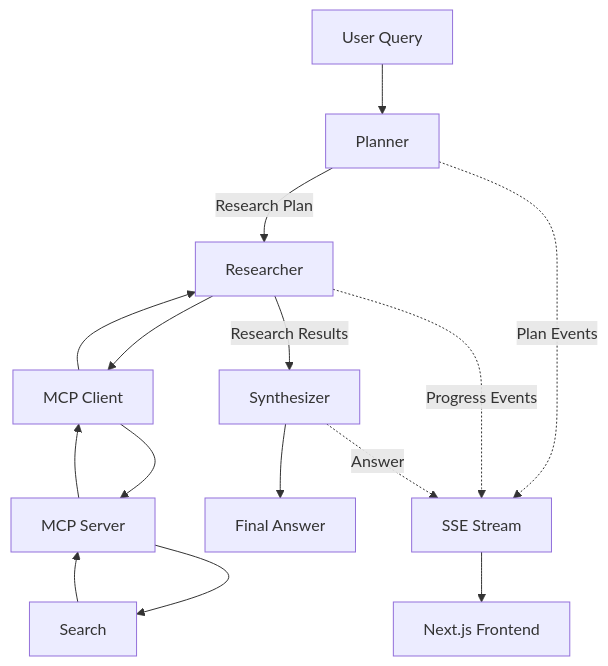
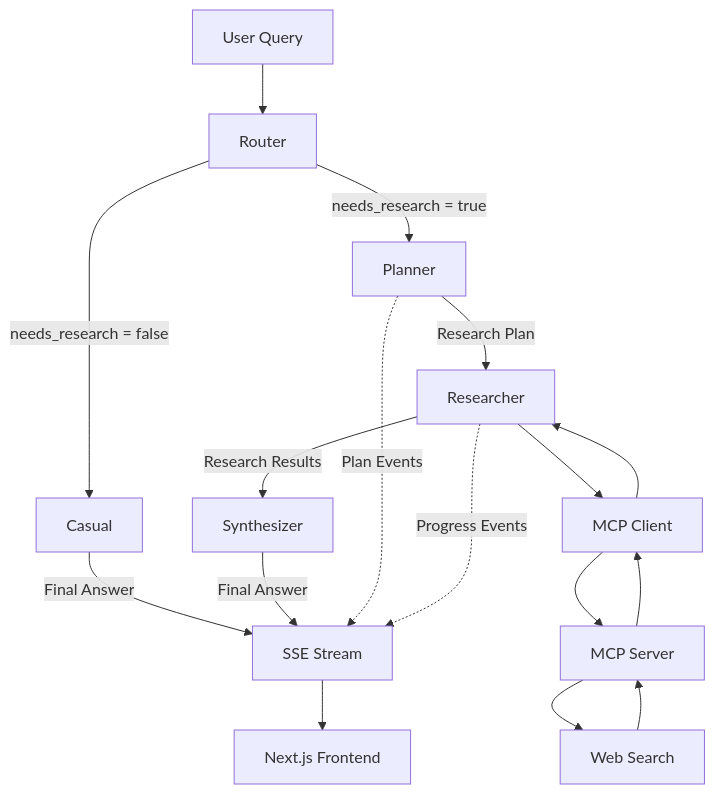
The diagram in README.md (kaze1-dev/research-agent), drawn with Mermaid before and after one commit. The commit also changed other lines of this file, not shown here.

````diff
--- a/README.md
+++ b/README.md
@@ -15,22 +25,26 @@
 ```mermaid
 flowchart TD
-    A[User Query] --> B[Planner]
+    A[User Query] --> B[Router]
 
-    B -->|Research Plan| C[Researcher]
+    B -->|needs_research = false| C[Casual]
+    C -->|Final Answer| I[SSE Stream]
 
-    C --> D[MCP Client]
-    D --> E[MCP Server]
-    E --> F[Search]
+    B -->|needs_research = true| D[Planner]
+
+    D -->|Research Plan| E[Researcher]
+
+    E --> F[MCP Client]
+    F --> G[MCP Server]
+    G --> H[Web Search]
+    H --> G
+    G --> F
     F --> E
-    E --> D
-    D --> C
 
-    C -->|Research Results| G[Synthesizer]
-    G --> H[Final Answer]
+    E -->|Research Results| J[Synthesizer]
+    J -->|Final Answer| I
 
-    B -.->|Plan Events| I[SSE Stream]
-    C -.->|Progress Events| I
-    G -.->|Answer| I
+    D -.->|Plan Events| I
+    E -.->|Progress Events| I
 
-    I --> J[Next.js Frontend]
+    I --> K[Next.js Frontend]
 ```
````
